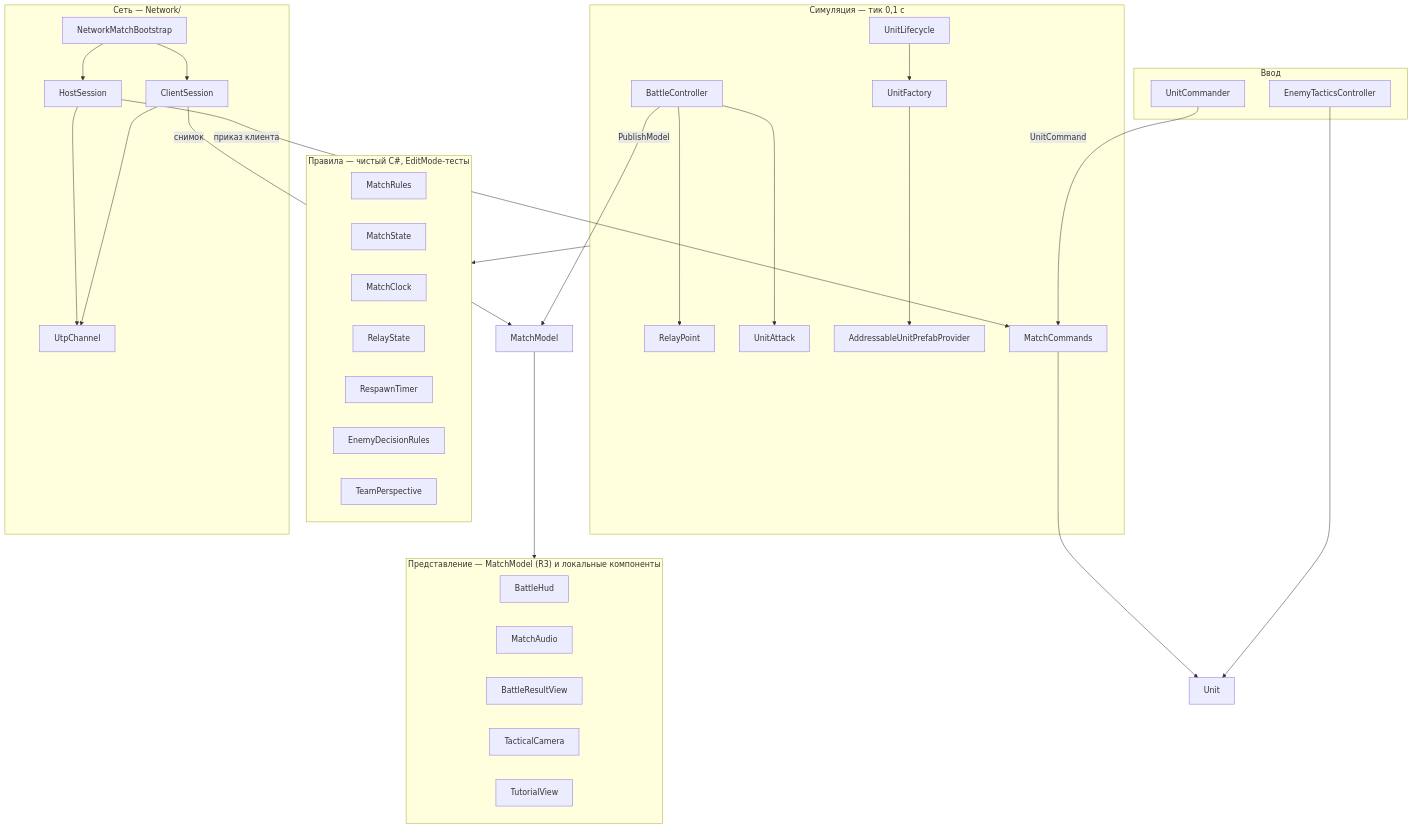
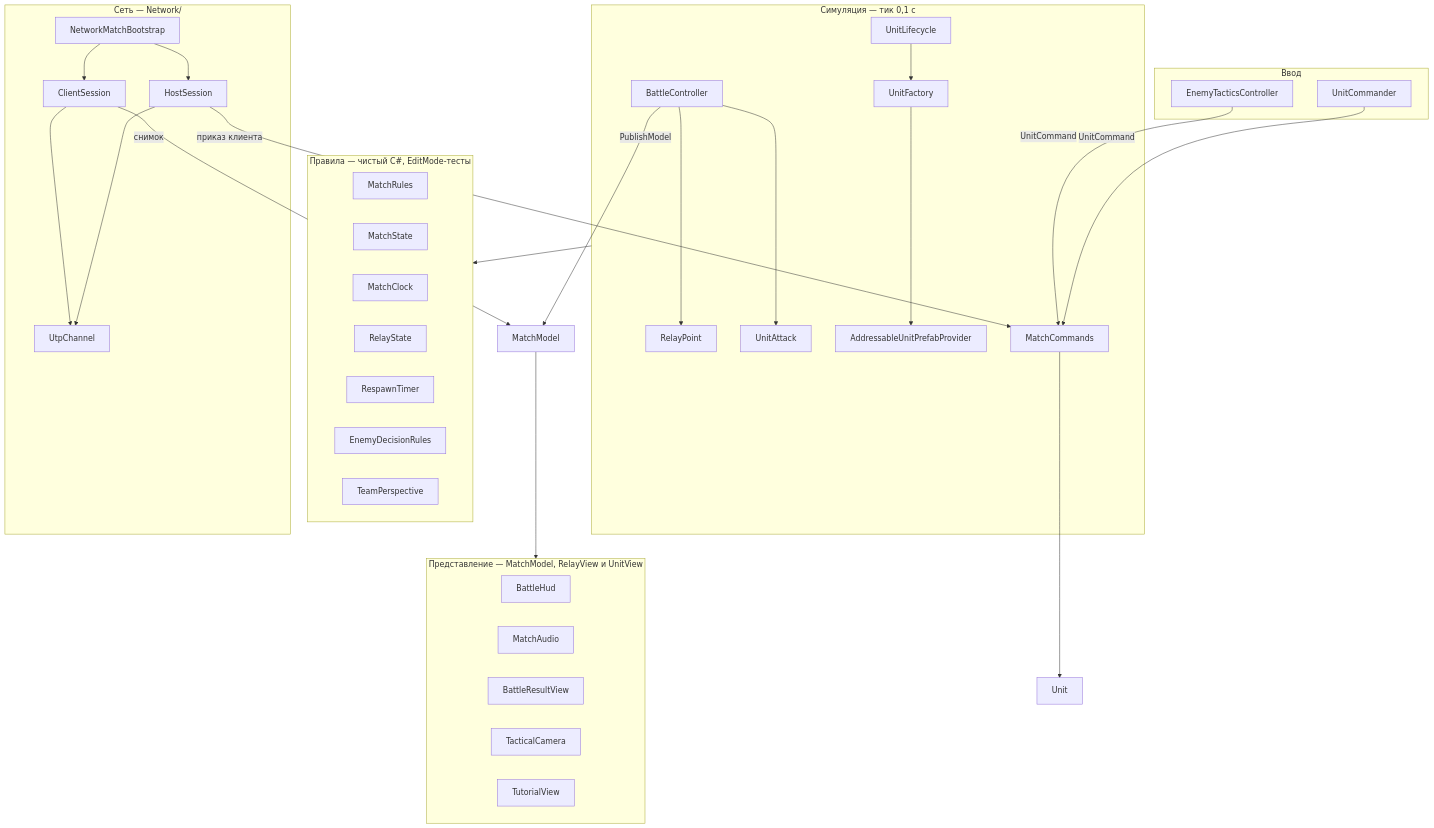
One commit to ZheleznovAG/SectorLab changed the first of 2 diagrams in docs/ARCHITECTURE.md. Above: the diagram before and after it, drawn with Mermaid. The commit also changed other lines of this file and 45 other files, not shown here.

First line of the commit message:
refactor: scope unit queries to the match and route AI through commands

````diff
--- a/docs/ARCHITECTURE.md
+++ b/docs/ARCHITECTURE.md
@@ -8,28 +8,28 @@
 ```mermaid
 flowchart TB
     subgraph Rules["Правила — чистый C#, EditMode-тесты"]
         MatchRules & MatchState & MatchClock & RelayState & RespawnTimer & EnemyDecisionRules & TeamPerspective
     end
     subgraph Sim["Симуляция — тик 0,1 с"]
         BattleController --> RelayPoint
         BattleController --> UnitAttack
         UnitLifecycle --> UnitFactory --> AddressableUnitPrefabProvider
         MatchCommands
     end
-    subgraph View["Представление — MatchModel (R3) и локальные компоненты"]
+    subgraph View["Представление — MatchModel, RelayView и UnitView"]
         BattleHud & MatchAudio & BattleResultView & TacticalCamera & TutorialView
     end
     subgraph Input["Ввод"]
         UnitCommander
         EnemyTacticsController
     end
     subgraph Net["Сеть — Network/"]
         NetworkMatchBootstrap --> HostSession & ClientSession --> UtpChannel
     end
     Sim --> Rules
     BattleController -- PublishModel --> MatchModel --> View
     UnitCommander -- UnitCommand --> MatchCommands --> Unit
-    EnemyTacticsController --> Unit
+    EnemyTacticsController -- UnitCommand --> MatchCommands
     HostSession -- приказ клиента --> MatchCommands
     ClientSession -- снимок --> MatchModel
 ```
````
